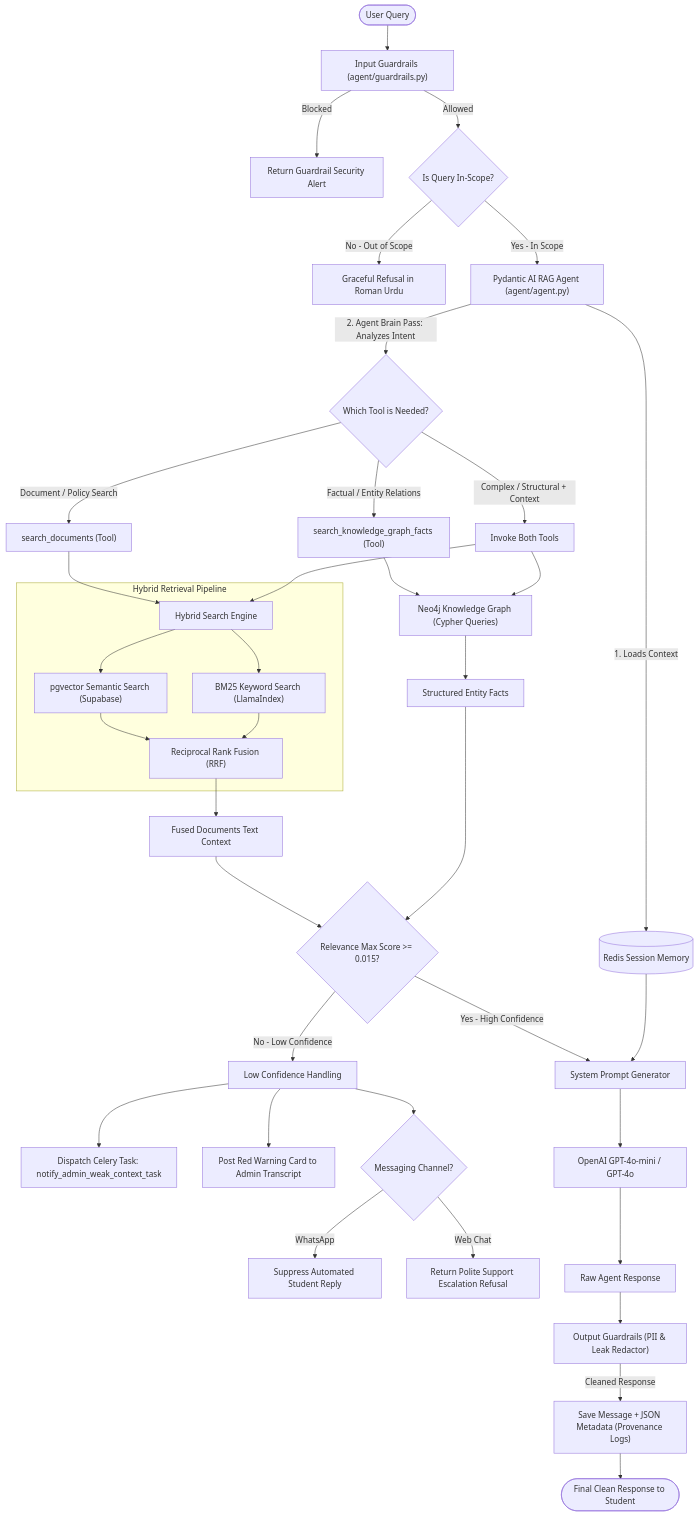
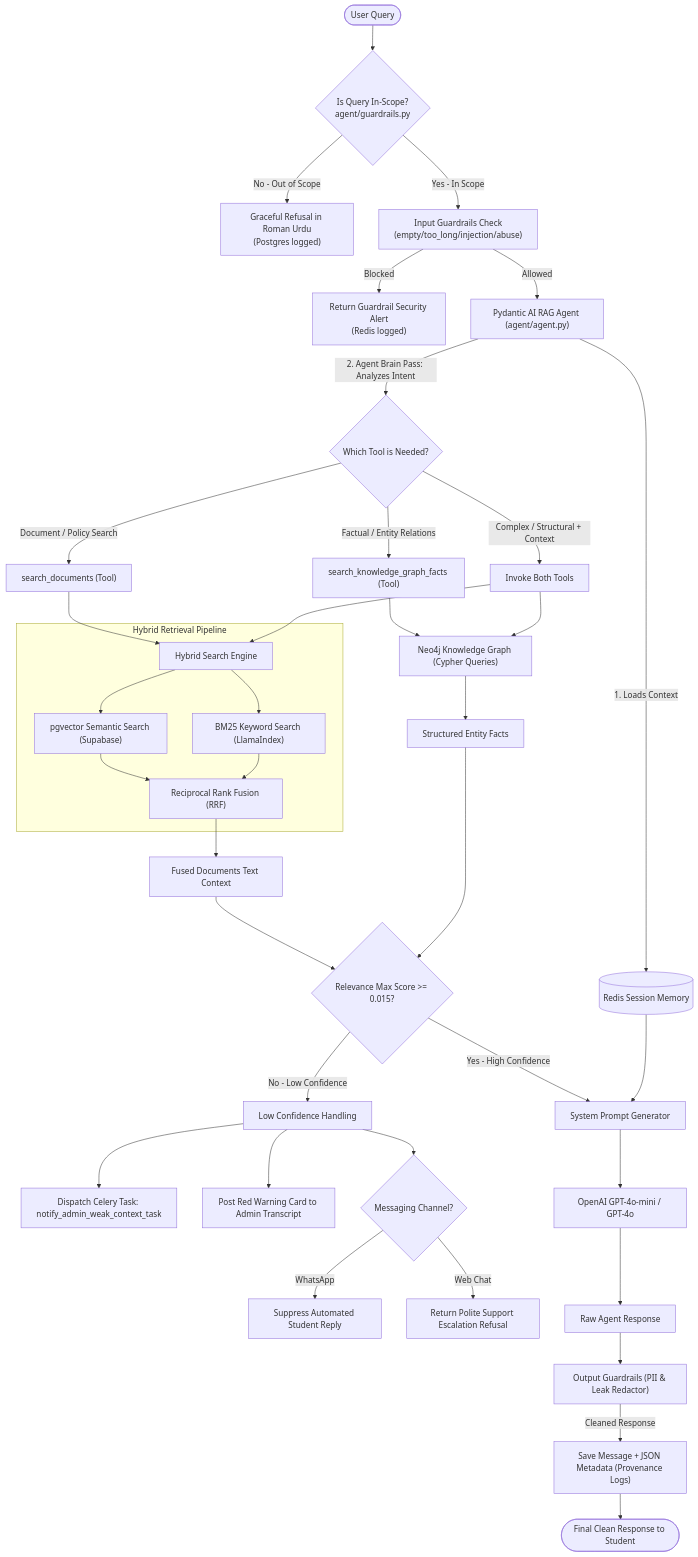
The first of 5 diagrams in README.md (HasnainMuavia1/WA-Graph-RAG-BACKEND), drawn with Mermaid before and after one commit. The commit also changed 23 other files, not shown here.

First line of the commit message:
ci(backend): resolve all 78 ruff lint errors and update architectural RAG diagram

````diff
--- a/README.md
+++ b/README.md
@@ -26,59 +26,59 @@
 ```mermaid
 graph TD
-    User([User Query]) --> IG["Input Guardrails (agent/guardrails.py)"]
-    IG -->|Blocked| BlockedMsg["Return Guardrail Security Alert"]
-    IG -->|Allowed| ScopeCheck{Is Query In-Scope?}
+    User([User Query]) --> ScopeCheck{Is Query In-Scope?<br/>agent/guardrails.py}
+    ScopeCheck -->|No - Out of Scope| OutOfScopeMsg["Graceful Refusal in Roman Urdu<br/>(Postgres logged)"]
+    ScopeCheck -->|Yes - In Scope| IG["Input Guardrails Check<br/>(empty/too_long/injection/abuse)"]
     
-    ScopeCheck -->|No - Out of Scope| OutOfScopeMsg["Graceful Refusal in Roman Urdu"]
-    ScopeCheck -->|Yes - In Scope| Agent["Pydantic AI RAG Agent (agent/agent.py)"]
+    IG -->|Blocked| BlockedMsg["Return Guardrail Security Alert<br/>(Redis logged)"]
+    IG -->|Allowed| Agent["Pydantic AI RAG Agent (agent/agent.py)"]
     
     Agent -->|1. Loads Context| Memory[(Redis Session Memory)]
     Agent -->|2. Agent Brain Pass: Analyzes Intent| ToolRouter{Which Tool is Needed?}
     
     %% Tool Routing
     ToolRouter -->|Factual / Entity Relations| GraphTool["search_knowledge_graph_facts (Tool)"]
     ToolRouter -->|Document / Policy Search| DocTool["search_documents (Tool)"]
     ToolRouter -->|Complex / Structural + Context| Both["Invoke Both Tools"]
     
     %% Graph Tool execution
     GraphTool --> Neo4jSearch["Neo4j Knowledge Graph (Cypher Queries)"]
     
     %% Doc Tool execution
     DocTool --> HybridSearch["Hybrid Search Engine"]
     Both --> Neo4jSearch
     Both --> HybridSearch
     
     %% Hybrid Search Breakdown
     subgraph Hybrid Retrieval Pipeline
         HybridSearch --> VectorSearch["pgvector Semantic Search (Supabase)"]
         HybridSearch --> BM25Search["BM25 Keyword Search (LlamaIndex)"]
         VectorSearch --> RERANK["Reciprocal Rank Fusion (RRF)"]
         BM25Search --> RERANK
     end
     
     %% Context synthesis
     RERANK --> FusedDocContext["Fused Documents Text Context"]
     Neo4jSearch --> GraphContext["Structured Entity Facts"]
     
     %% Relevance gate
     FusedDocContext --> ConfGate{Relevance Max Score >= 0.015?}
     GraphContext --> ConfGate
     
     %% Low Confidence branch
     ConfGate -->|No - Low Confidence| LowConf["Low Confidence Handling"]
     LowConf --> CeleryAlert["Dispatch Celery Task: notify_admin_weak_context_task"]
     LowConf --> SaveAlert["Post Red Warning Card to Admin Transcript"]
     LowConf --> ChannelSplit{Messaging Channel?}
     ChannelSplit -->|WhatsApp| Suppress["Suppress Automated Student Reply"]
     ChannelSplit -->|Web Chat| WebFallback["Return Polite Support Escalation Refusal"]
     
     %% High Confidence branch
     ConfGate -->|Yes - High Confidence| PromptBuilder["System Prompt Generator"]
     Memory --> PromptBuilder
     
     PromptBuilder --> LLM["OpenAI GPT-4o-mini / GPT-4o"]
     LLM --> RawOutput["Raw Agent Response"]
     RawOutput --> OG["Output Guardrails (PII & Leak Redactor)"]
     OG -->|Cleaned Response| SaveProvenance["Save Message + JSON Metadata (Provenance Logs)"]
     SaveProvenance --> UserResponse([Final Clean Response to Student])
 ```
````
